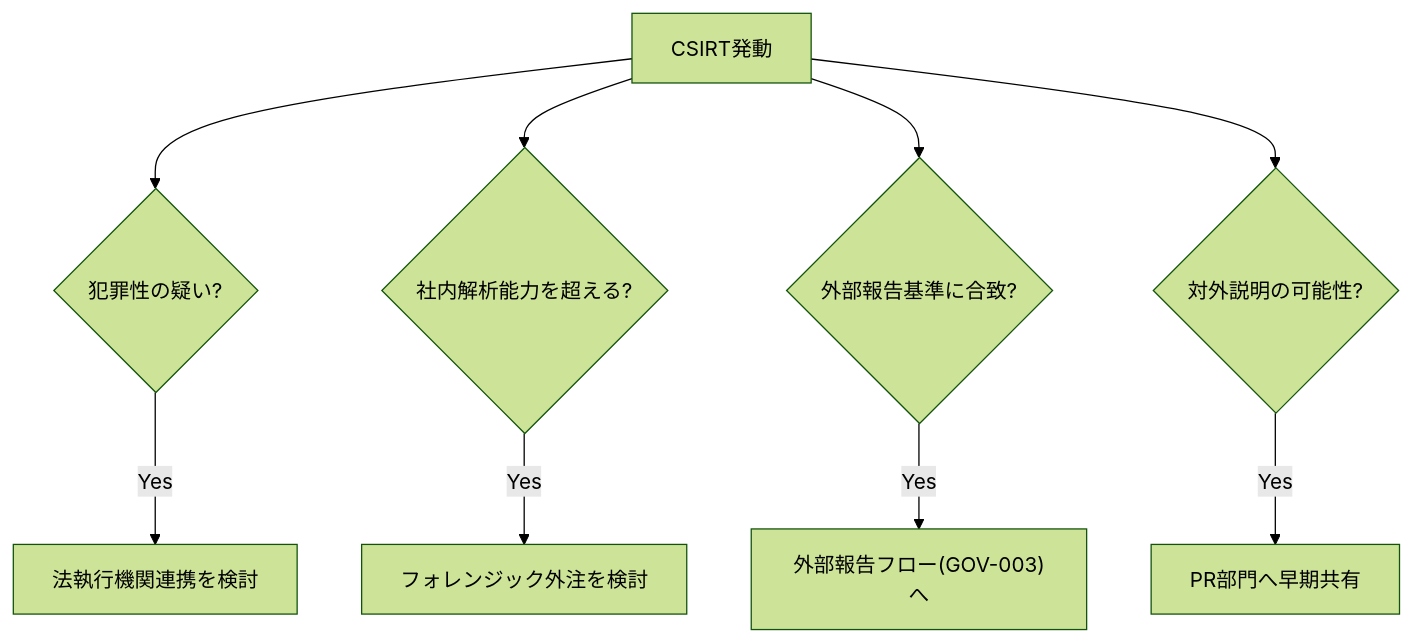
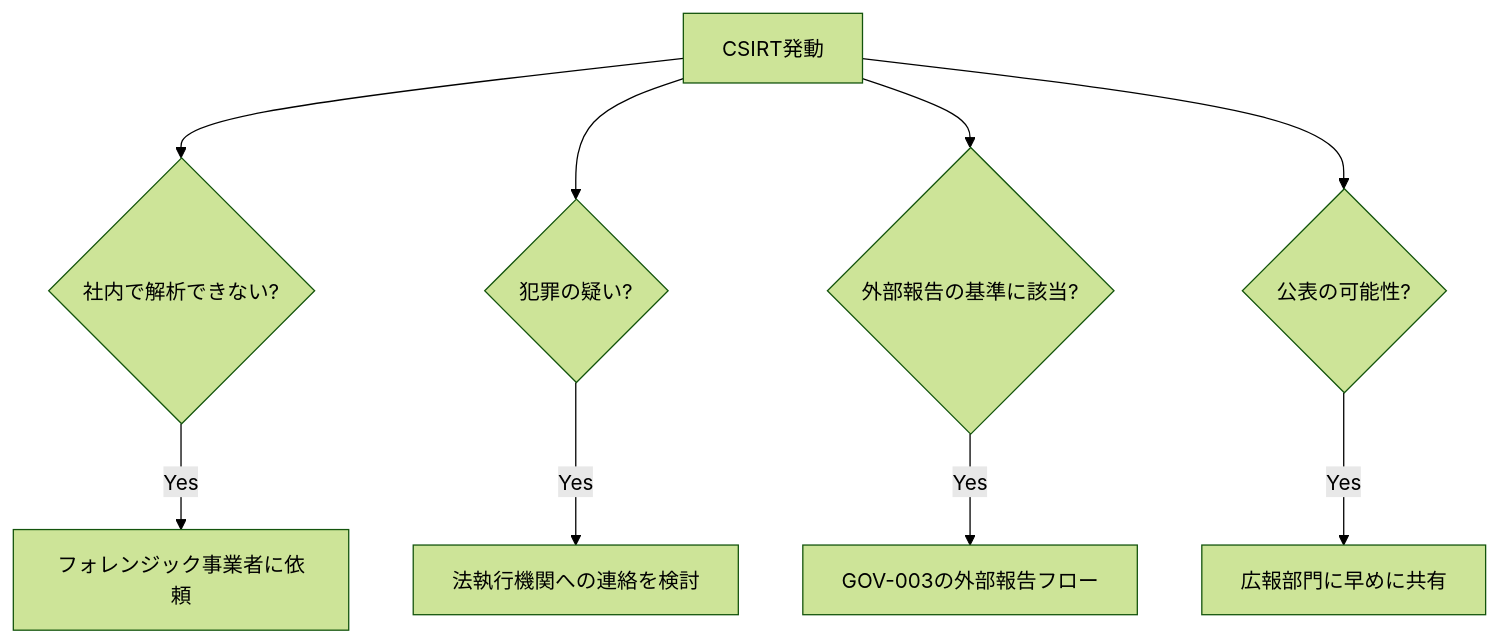
Before and after one commit to Okusan818/agentic-ai-soc-csirt-sample: the diagram in 04-csirt-playbooks/04-02-external-coordination.md, drawn with Mermaid (forest theme). The commit also changed other lines of this file and 7 other files, not shown here.

````diff
--- a/04-csirt-playbooks/04-02-external-coordination.md
+++ b/04-csirt-playbooks/04-02-external-coordination.md
@@ -33,11 +20,11 @@
 ```mermaid
 flowchart TD
-    I[CSIRT発動] --> J{犯罪性の疑い?}
-    J -->|Yes| LE[法執行機関連携を検討]
-    I --> K{社内解析能力を超える?}
-    K -->|Yes| FR[フォレンジック外注を検討]
-    I --> L{外部報告基準に合致?}
-    L -->|Yes| GOV3["外部報告フロー(GOV-003)へ"]
-    I --> M{対外説明の可能性?}
-    M -->|Yes| PR[PR部門へ早期共有]
+    I[CSIRT発動] --> A{社内で解析できない?}
+    A -->|Yes| FR[フォレンジック事業者に依頼]
+    I --> B{犯罪の疑い?}
+    B -->|Yes| LE[法執行機関への連絡を検討]
+    I --> C{外部報告の基準に該当?}
+    C -->|Yes| GOV3["GOV-003の外部報告フロー"]
+    I --> D{公表の可能性?}
+    D -->|Yes| PR[広報部門に早めに共有]
 ```
````
